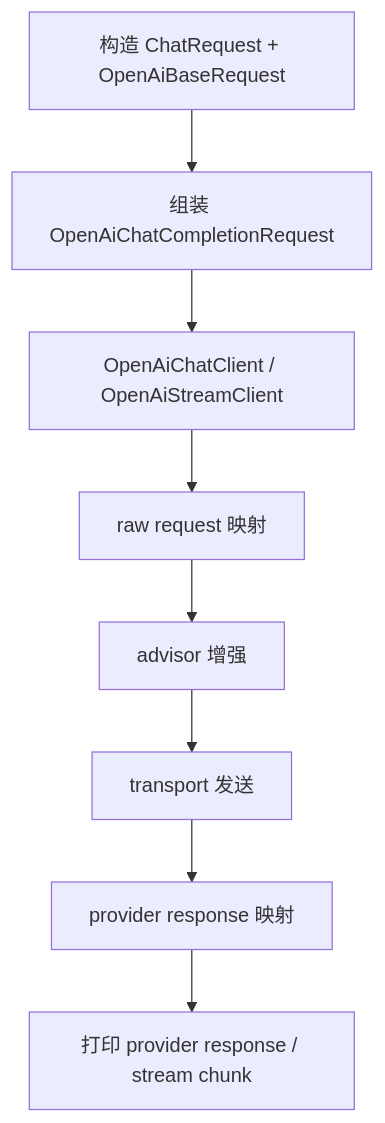
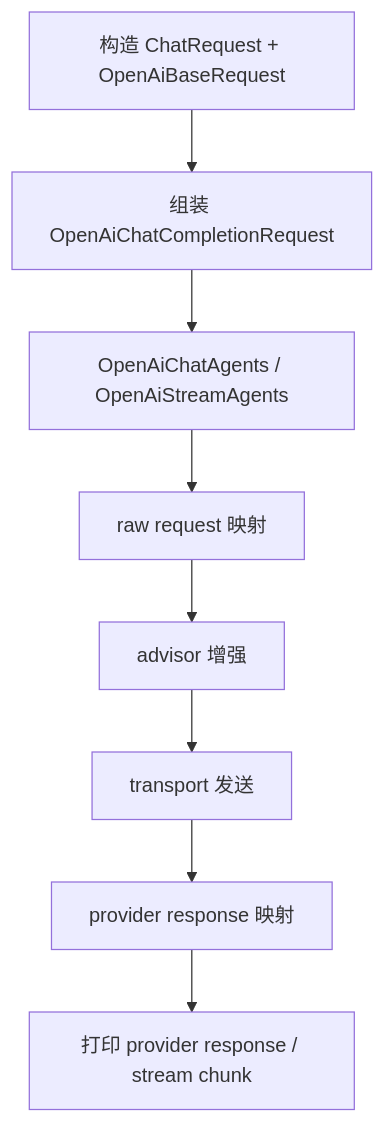
Before and after one commit to Halcyonsong/liteagent-template: the first of 2 diagrams in liteagent-examples/README.md, drawn with Mermaid. The commit also changed other lines of this file and 95 other files, not shown here.

````diff
--- a/liteagent-examples/README.md
+++ b/liteagent-examples/README.md
@@ -35,10 +35,10 @@
 ```mermaid
 flowchart TD
     A1[构造 ChatRequest + OpenAiBaseRequest] --> A2[组装 OpenAiChatCompletionRequest]
-    A2 --> A3[OpenAiChatClient / OpenAiStreamClient]
+    A2 --> A3[OpenAiChatAgents / OpenAiStreamAgents]
     A3 --> A4[raw request 映射]
     A4 --> A5[advisor 增强]
     A5 --> A6[transport 发送]
     A6 --> A7[provider response 映射]
     A7 --> A8[打印 provider response / stream chunk]
 ```
````
